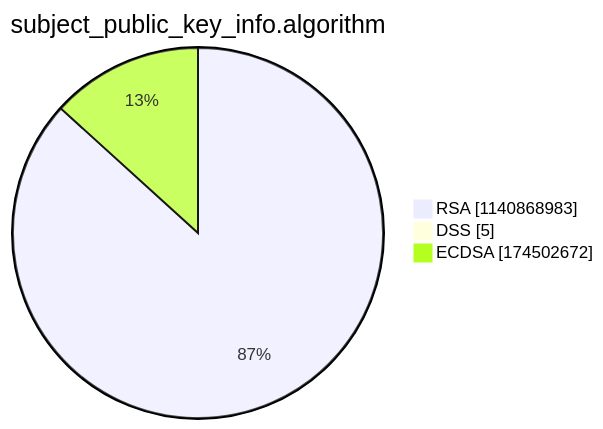
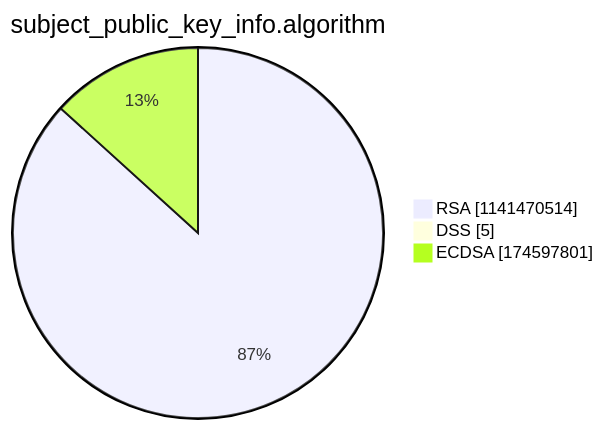
One commit to christiankrug/ctmonitor_visualization changed the third of 15 diagrams in argon2022/README.md. Above: the diagram before and after it, drawn with Mermaid. The commit also changed other lines of this file, not shown here.

````diff
--- a/argon2022/README.md
+++ b/argon2022/README.md
@@ -14,7 +14,7 @@
 ```mermaid
 pie showData
 title subject_public_key_info.algorithm
-"RSA" :1140868983
+"RSA" :1141470514
 "DSS" :5
-"ECDSA" :174502672
+"ECDSA" :174597801
 ```
````
